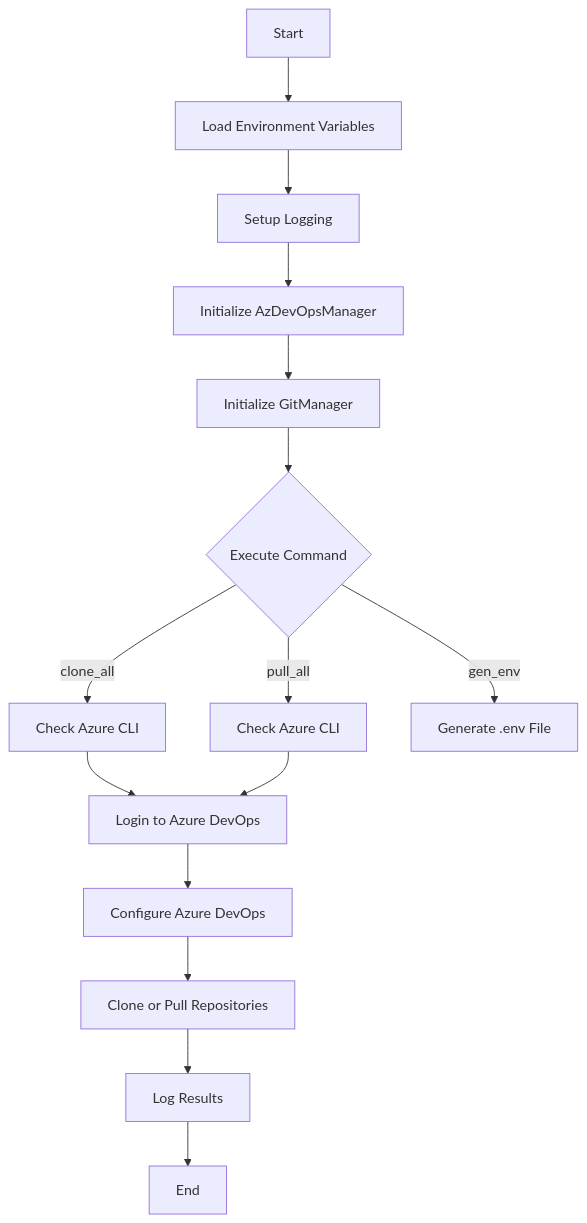
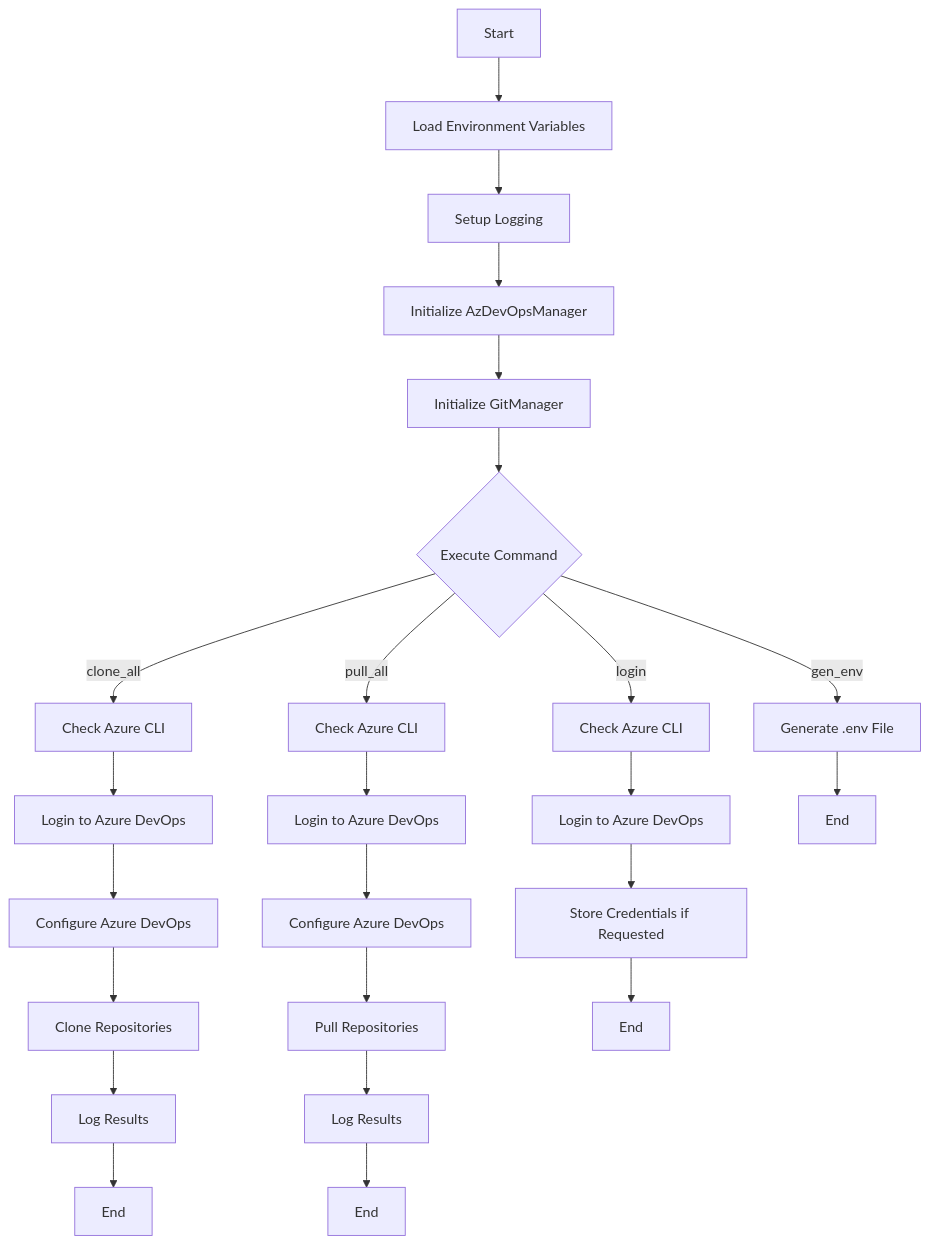
The first of 6 diagrams in README.md (steveant/mgit), drawn with Mermaid before and after one commit. The commit also changed other lines of this file and 2 other files, not shown here.

````diff
--- a/README.md
+++ b/README.md
@@ -145,17 +150,26 @@
 ```mermaid
 graph TD;
     A[Start] --> B[Load Environment Variables]
     B --> C[Setup Logging]
     C --> D[Initialize AzDevOpsManager]
     D --> E[Initialize GitManager]
     E --> F{Execute Command}
-    F --> |clone_all| G[Check Azure CLI]
-    F --> |pull_all| H[Check Azure CLI]
+    F --> |login| G1[Check Azure CLI]
+    F --> |clone_all| G2[Check Azure CLI]
+    F --> |pull_all| G3[Check Azure CLI]
     F --> |gen_env| I[Generate .env File]
-    G --> J[Login to Azure DevOps]
-    H --> J
-    J --> K[Configure Azure DevOps]
-    K --> L[Clone or Pull Repositories]
-    L --> M[Log Results]
-    M --> N[End]
+    G1 --> J1[Login to Azure DevOps]
+    G2 --> J2[Login to Azure DevOps]
+    G3 --> J3[Login to Azure DevOps]
+    J1 --> K1[Store Credentials if Requested]
+    J2 --> K2[Configure Azure DevOps]
+    J3 --> K3[Configure Azure DevOps]
+    K2 --> L1[Clone Repositories]
+    K3 --> L2[Pull Repositories]
+    L1 --> M1[Log Results]
+    L2 --> M2[Log Results]
+    K1 --> N1[End]
+    M1 --> N2[End]
+    M2 --> N3[End]
+    I --> N4[End]
 ```
````
